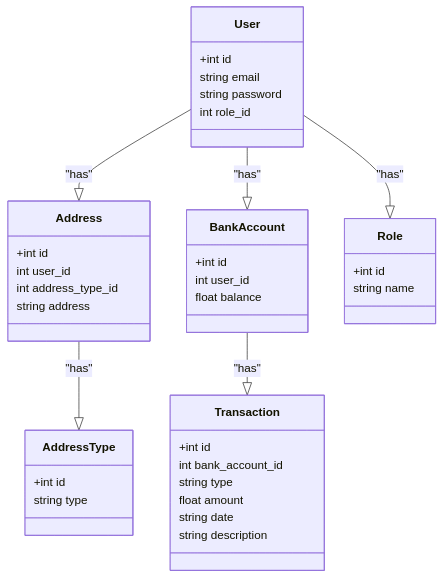
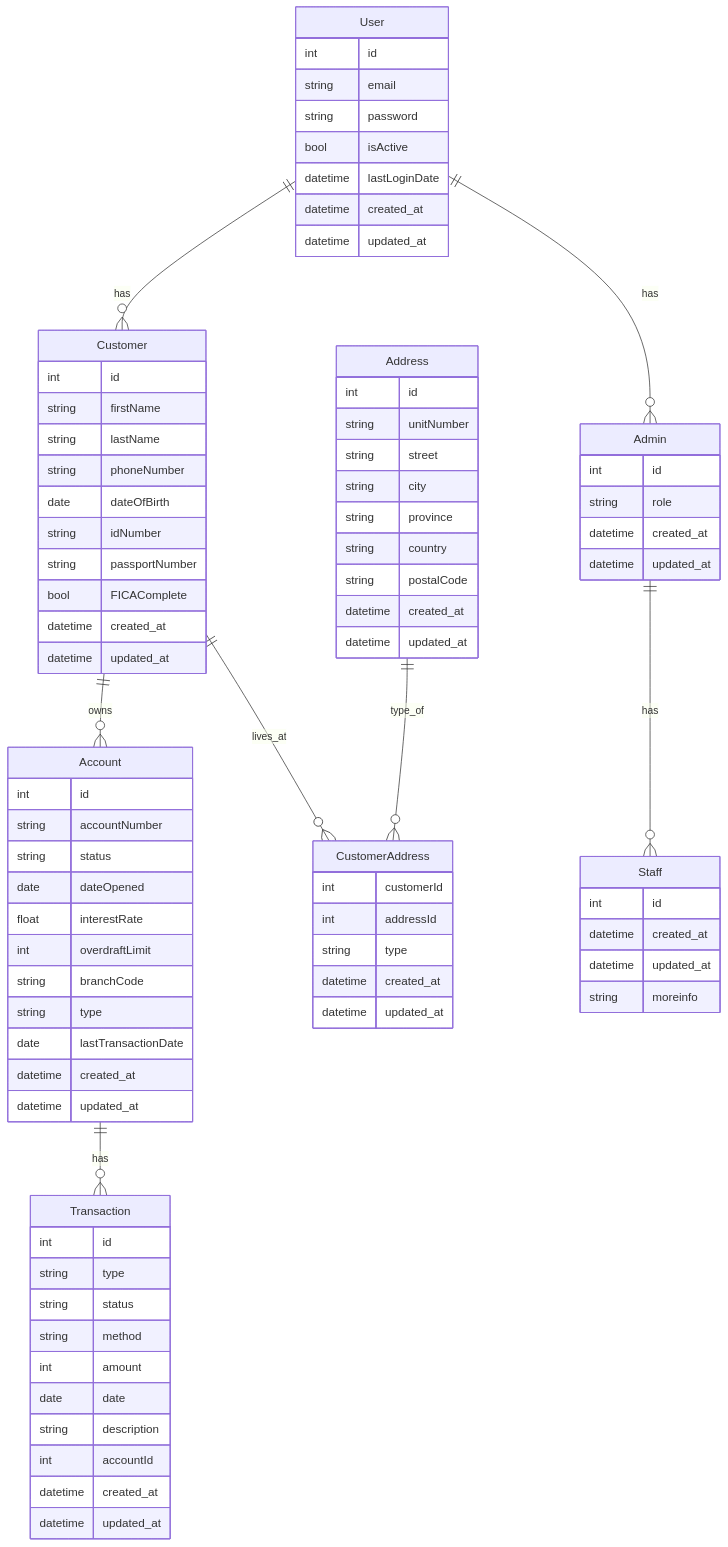
One commit to dotaviTS/Week-9 changed the first of 4 diagrams in TSBank.md. Above: the diagram before and after it, drawn with Mermaid. The commit also changed other lines of this file, not shown here.

````diff
--- a/TSBank.md
+++ b/TSBank.md
@@ -26,91 +223,94 @@
 ```mermaid
-classDiagram
+erDiagram
+User ||--o{ Customer : has
+User ||--o{ Admin : has
+Customer ||--o{ Account : owns
+Account ||--o{ Transaction : has
+Customer ||--o{ CustomerAddress : lives_at
+Admin ||--o{ Staff : has
+Address ||--o{ CustomerAddress : type_of
 
-User  --|> Address : "has"
-
-User  --|> BankAccount : "has"
-
-BankAccount  --|> Transaction : "has"
-
-User  --|> Role : "has"
-
-Address  --|> AddressType : "has"
-
-  
-
-class  User  {
-
-+int id
-
+User {
+int id
 string email
-
 string password
-
-int role_id
-
+bool isActive
+datetime lastLoginDate
+datetime created_at
+datetime updated_at
 }
 
-  
-
-class  Role  {
-
-+int id
-
-string name
-
+Customer {
+int id
+string firstName
+string lastName
+string phoneNumber
+date dateOfBirth
+string idNumber
+string passportNumber
+bool FICAComplete
+datetime created_at
+datetime updated_at
 }
 
+Admin {
+int id
+string role
+datetime created_at
+datetime updated_at
+}
   
-
-class  Address  {
-
-+int id
-
-int user_id
-
-int address_type_id
-
-string address
-
+Staff {
+int id
+datetime created_at
+datetime updated_at
+string moreinfo
+}
+  
+Account {
+int id
+string accountNumber
+string status
+date dateOpened
+float interestRate
+int overdraftLimit
+string branchCode
+string type
+date lastTransactionDate
+datetime created_at
+datetime updated_at
 }
 
-  
-
-class  AddressType  {
-
-+int id
-
+Transaction {
+int id
 string type
-
+string status
+string method
+int amount
+date date
+string description
+int accountId
+datetime created_at
+datetime updated_at
 }
 
-  
-
-class  BankAccount  {
-
-+int id
-
-int user_id
-
-float balance
-
+Address {
+int id
+string unitNumber
+string street
+string city
+string province
+string country
+string postalCode
+datetime created_at
+datetime updated_at
 }
 
-  
-
-class  Transaction  {
-
-+int id
-
-int bank_account_id
-
+CustomerAddress {
+int customerId
+int addressId
 string type
-
-float amount
-
-string date
-
-string description
-
+datetime created_at
+datetime updated_at
 }
 ```
````
